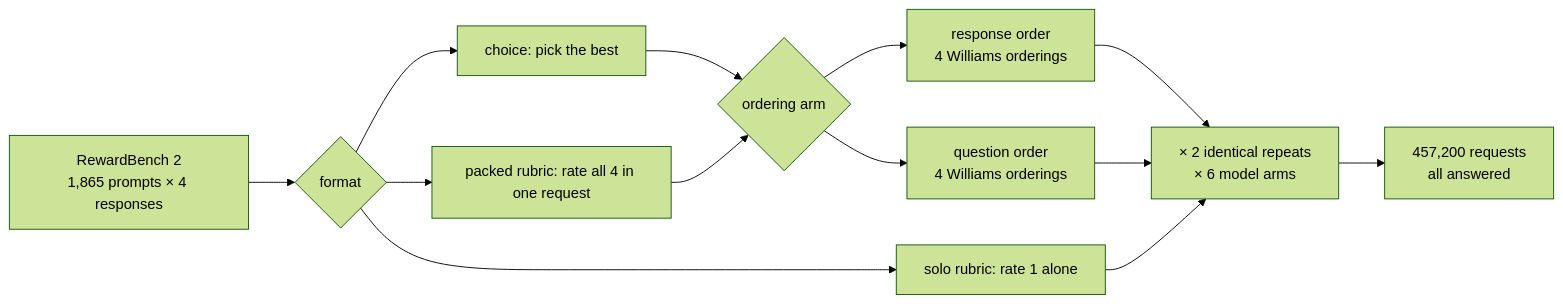
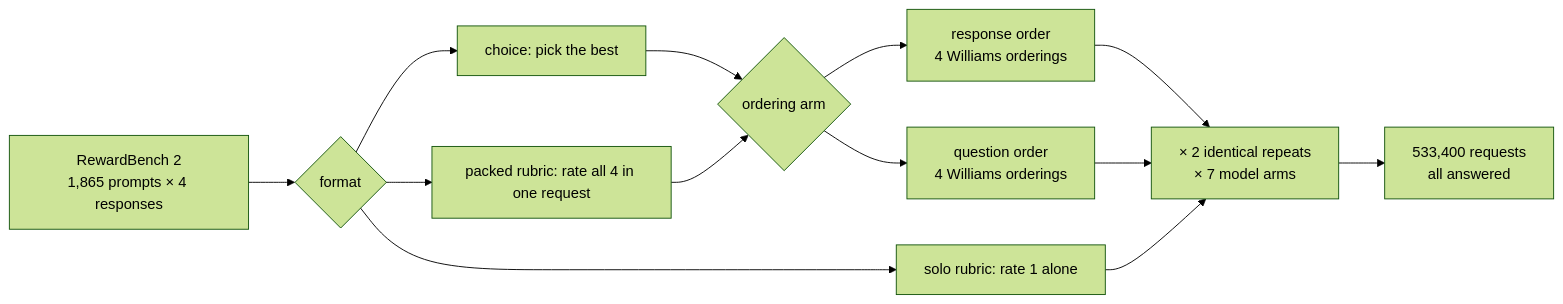
Before and after one commit to dorkitude/order-blind-decisions: the first of 3 diagrams in results/analysis.md, drawn with Mermaid (forest theme). The commit also changed other lines of this file and 16 other files, not shown here.

````diff
--- a/results/analysis.md
+++ b/results/analysis.md
@@ -25,15 +25,15 @@
 ```mermaid
 flowchart LR
     RB[RewardBench 2<br/>1,865 prompts × 4 responses] --> F{format}
     F --> C[choice: pick the best]
     F --> P[packed rubric: rate all 4 in one request]
     F --> S[solo rubric: rate 1 alone]
     C --> A{ordering arm}
     P --> A
     A --> H[response order<br/>4 Williams orderings]
     A --> Q[question order<br/>4 Williams orderings]
-    H --> X[× 2 identical repeats<br/>× 6 model arms]
+    H --> X[× 2 identical repeats<br/>× 7 model arms]
     Q --> X
     S --> X
-    X --> R[457,200 requests<br/>all answered]
+    X --> R[533,400 requests<br/>all answered]
 ```
````
